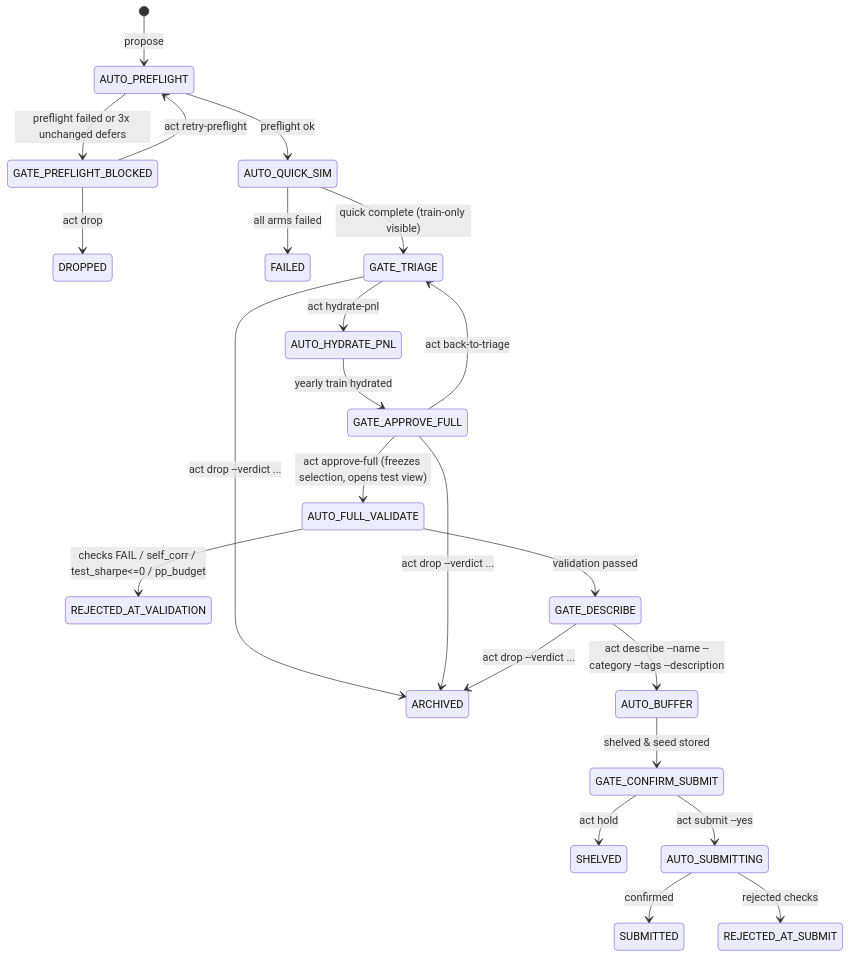
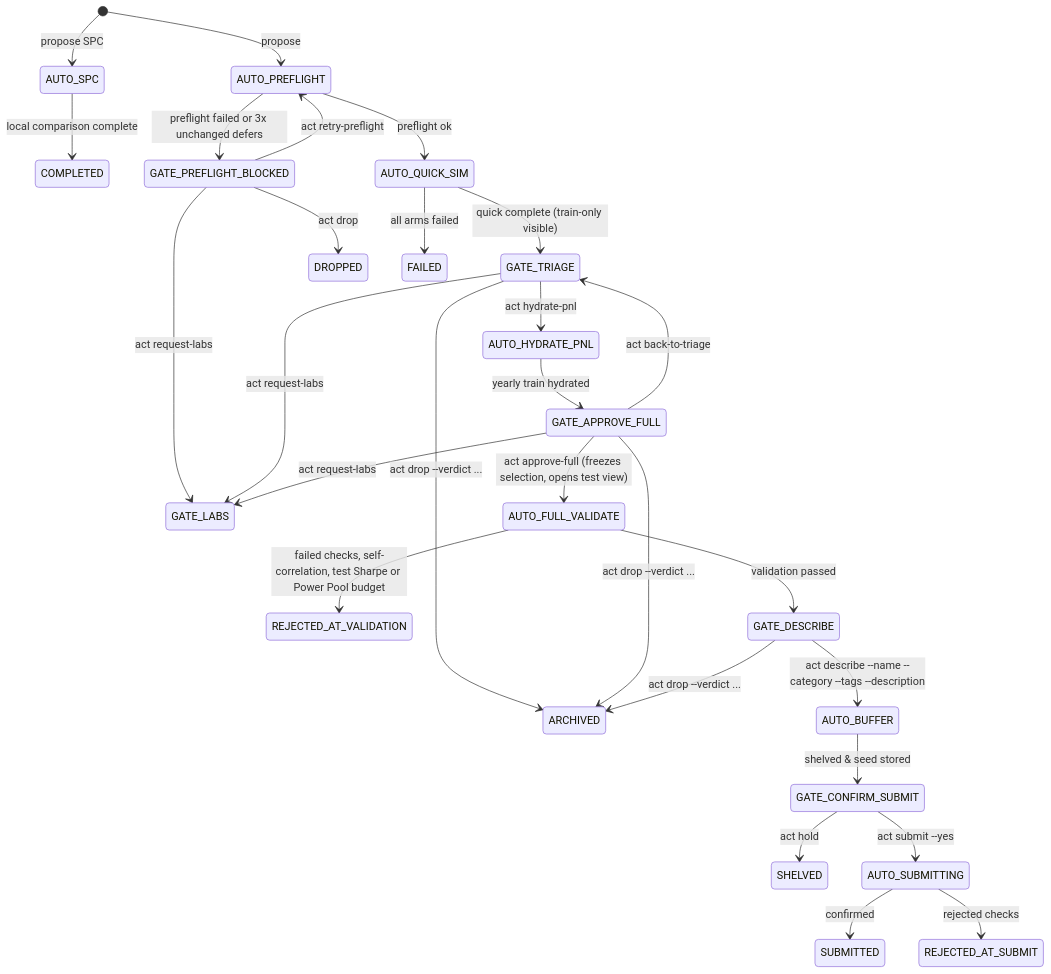
Before and after one commit to SwufeFox/WorldQuantUser: the diagram in docs/ledger-workflow.md, drawn with Mermaid. The commit also changed other lines of this file and 43 other files, not shown here.

````diff
--- a/docs/ledger-workflow.md
+++ b/docs/ledger-workflow.md
@@ -29,25 +30,30 @@
 ```mermaid
 stateDiagram-v2
     [*] --> AUTO_PREFLIGHT: propose
+    [*] --> AUTO_SPC: propose SPC
+    AUTO_SPC --> COMPLETED: local comparison complete
+    GATE_PREFLIGHT_BLOCKED --> GATE_LABS: act request-labs
+    GATE_TRIAGE --> GATE_LABS: act request-labs
+    GATE_APPROVE_FULL --> GATE_LABS: act request-labs
     AUTO_PREFLIGHT --> GATE_PREFLIGHT_BLOCKED: preflight failed or 3x unchanged defers
     GATE_PREFLIGHT_BLOCKED --> AUTO_PREFLIGHT: act retry-preflight
     GATE_PREFLIGHT_BLOCKED --> DROPPED: act drop
     AUTO_PREFLIGHT --> AUTO_QUICK_SIM: preflight ok
     AUTO_QUICK_SIM --> FAILED: all arms failed
     AUTO_QUICK_SIM --> GATE_TRIAGE: quick complete (train-only visible)
     GATE_TRIAGE --> AUTO_HYDRATE_PNL: act hydrate-pnl
     GATE_TRIAGE --> ARCHIVED: act drop --verdict ...
     AUTO_HYDRATE_PNL --> GATE_APPROVE_FULL: yearly train hydrated
     GATE_APPROVE_FULL --> GATE_TRIAGE: act back-to-triage
     GATE_APPROVE_FULL --> ARCHIVED: act drop --verdict ...
     GATE_APPROVE_FULL --> AUTO_FULL_VALIDATE: act approve-full (freezes selection, opens test view)
-    AUTO_FULL_VALIDATE --> REJECTED_AT_VALIDATION: checks FAIL / self_corr / test_sharpe<=0 / pp_budget
+    AUTO_FULL_VALIDATE --> REJECTED_AT_VALIDATION: failed checks, self-correlation, test Sharpe or Power Pool budget
     AUTO_FULL_VALIDATE --> GATE_DESCRIBE: validation passed
     GATE_DESCRIBE --> AUTO_BUFFER: act describe --name --category --tags --description
     GATE_DESCRIBE --> ARCHIVED: act drop --verdict ...
     AUTO_BUFFER --> GATE_CONFIRM_SUBMIT: shelved & seed stored
     GATE_CONFIRM_SUBMIT --> SHELVED: act hold
     GATE_CONFIRM_SUBMIT --> AUTO_SUBMITTING: act submit --yes
     AUTO_SUBMITTING --> SUBMITTED: confirmed
     AUTO_SUBMITTING --> REJECTED_AT_SUBMIT: rejected checks
 ```
````
